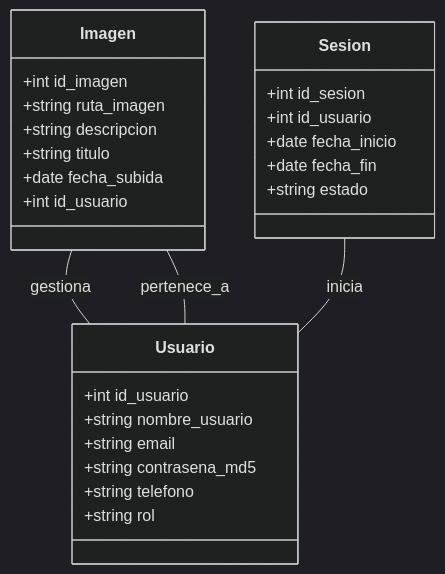
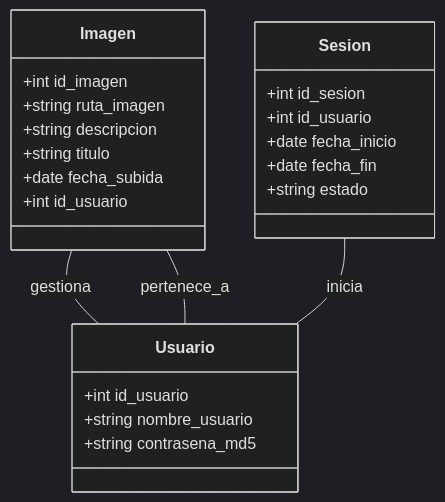
Before and after one commit to dmontes901/TapatApp: the diagram in MGCAM/DBackEnd.mmd, drawn with Mermaid (dark theme).

```diff
--- a/MGCAM/DBackEnd.mmd
+++ b/MGCAM/DBackEnd.mmd
@@ -1,29 +1,26 @@
 classDiagram
     direction BT
     class Usuario {
         +int id_usuario
         +string nombre_usuario
-        +string email
         +string contrasena_md5
-        +string telefono
-        +string rol
     }
     class Imagen {
         +int id_imagen
         +string ruta_imagen
         +string descripcion
         +string titulo
         +date fecha_subida
         +int id_usuario
     }
     class Sesion {
         +int id_sesion
         +int id_usuario
         +date fecha_inicio
         +date fecha_fin
         +string estado
     }
 
     Usuario -- Imagen : gestiona
     Usuario -- Sesion : inicia
     Imagen -- Usuario : pertenece_a
```
